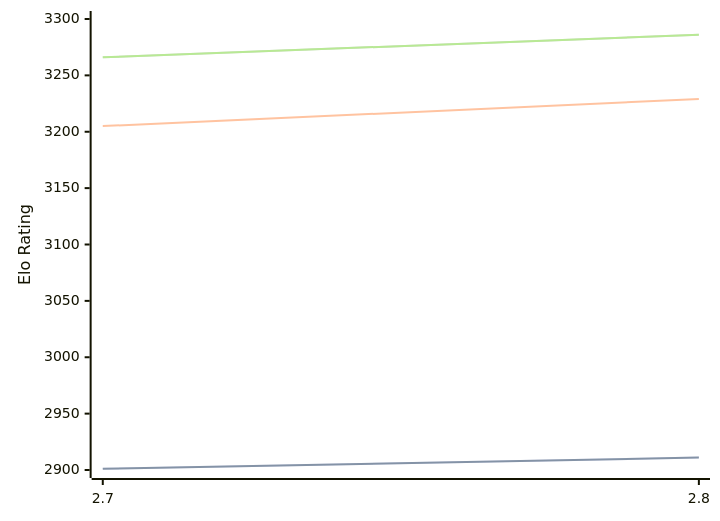
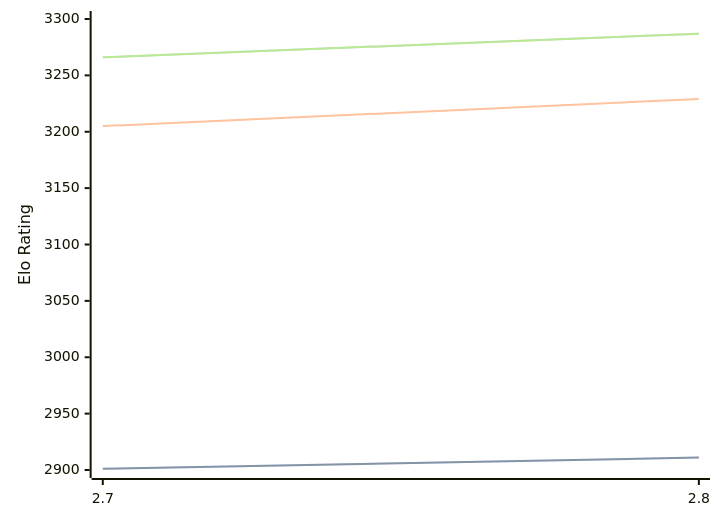
The diagram in engines/Arcanum.md (computer-chess-index/cci), drawn with Mermaid before and after one commit. The commit also changed other lines of this file, not shown here.

Commit message:
Update CCI Ratings (ELO VLTC) - 2026-09-15

````diff
--- a/engines/Arcanum.md
+++ b/engines/Arcanum.md
@@ -32,11 +32,11 @@
 ```mermaid
 %%{init: {"theme":"base","themeVariables":{"seriesColors:['#a3a3a3','#222221','#faa371']}}}%%
 xychart-beta
   x-axis ["2.7", "2.8"]
   y-axis "Elo Rating" 2900 --> 3300
   line "" [2901, 2911]
   line "STC (8.0+0.08s)" [2901, 2911]
   line "LTC (60.0+0.60s)" [3205, 3229]
-  line "" [3266, 3286]
-  line "VLTC (2m24s+1.12s)" [3266, 3286]
+  line "" [3266, 3287]
+  line "VLTC (2m24s+1.12s)" [3266, 3287]
 ```
````
